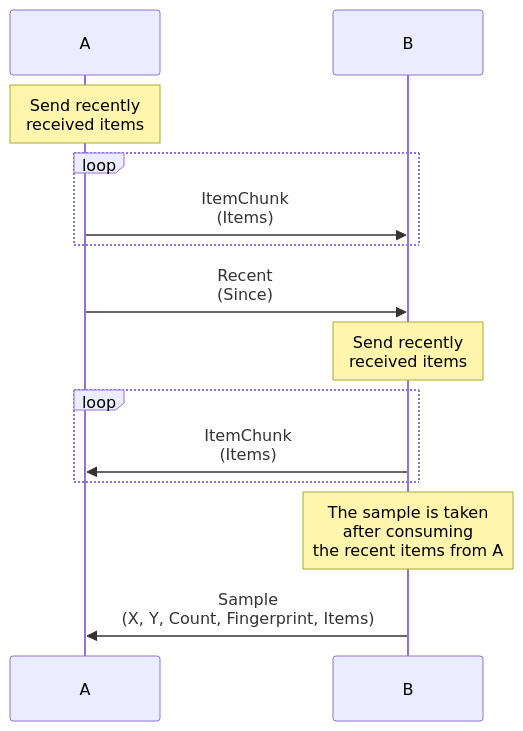
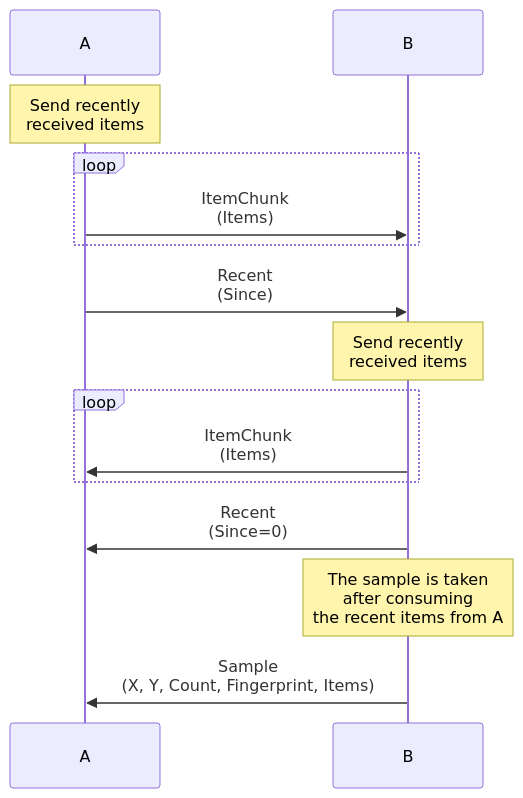
Before and after one commit to spacemeshos/go-spacemesh: diagram 18 of 29 in dev-docs/sync2-set-reconciliation.md, drawn with Mermaid. The commit also changed other lines of this file and 14 other files, not shown here.

````diff
--- a/dev-docs/sync2-set-reconciliation.md
+++ b/dev-docs/sync2-set-reconciliation.md
@@ -549,14 +555,15 @@
 ```mermaid
 sequenceDiagram
   Note over A: Send recently <br/> received items
   loop
     A->>B: ItemChunk <br/> (Items)
   end
   A->>B: Recent <br/> (Since)
   Note over B: Send recently <br/> received items
   loop
     B->>A: ItemChunk <br/> (Items)
   end
+  B->>A: Recent <br/> (Since=0)
   Note over B: The sample is taken <br/> after consuming <br/> the recent items from A
   B->>A: Sample <br/> (X, Y, Count, Fingerprint, Items)
 ```
````
